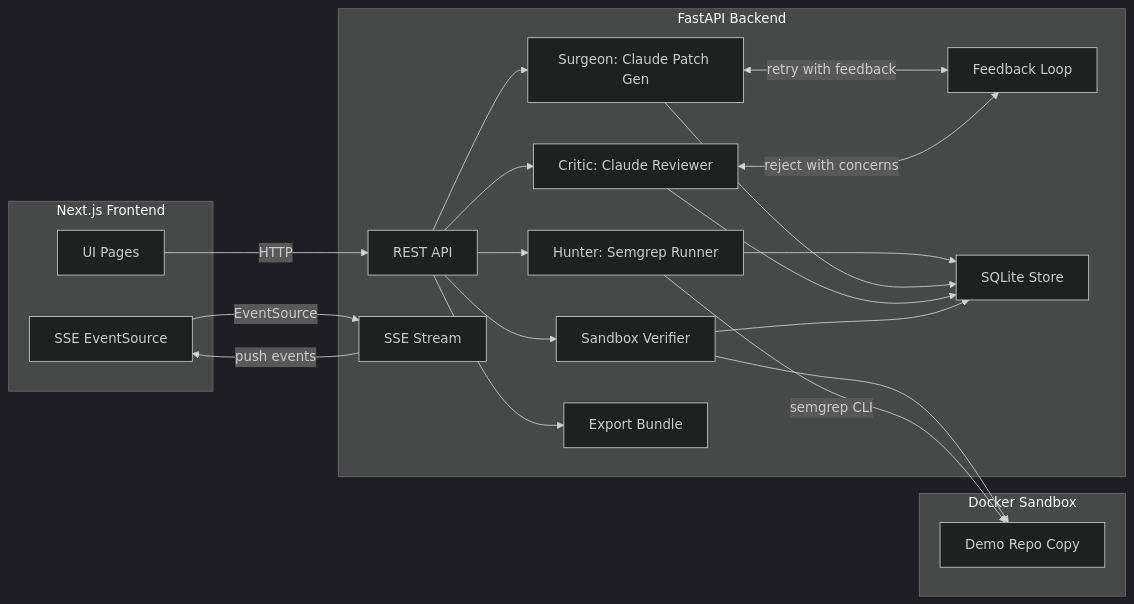
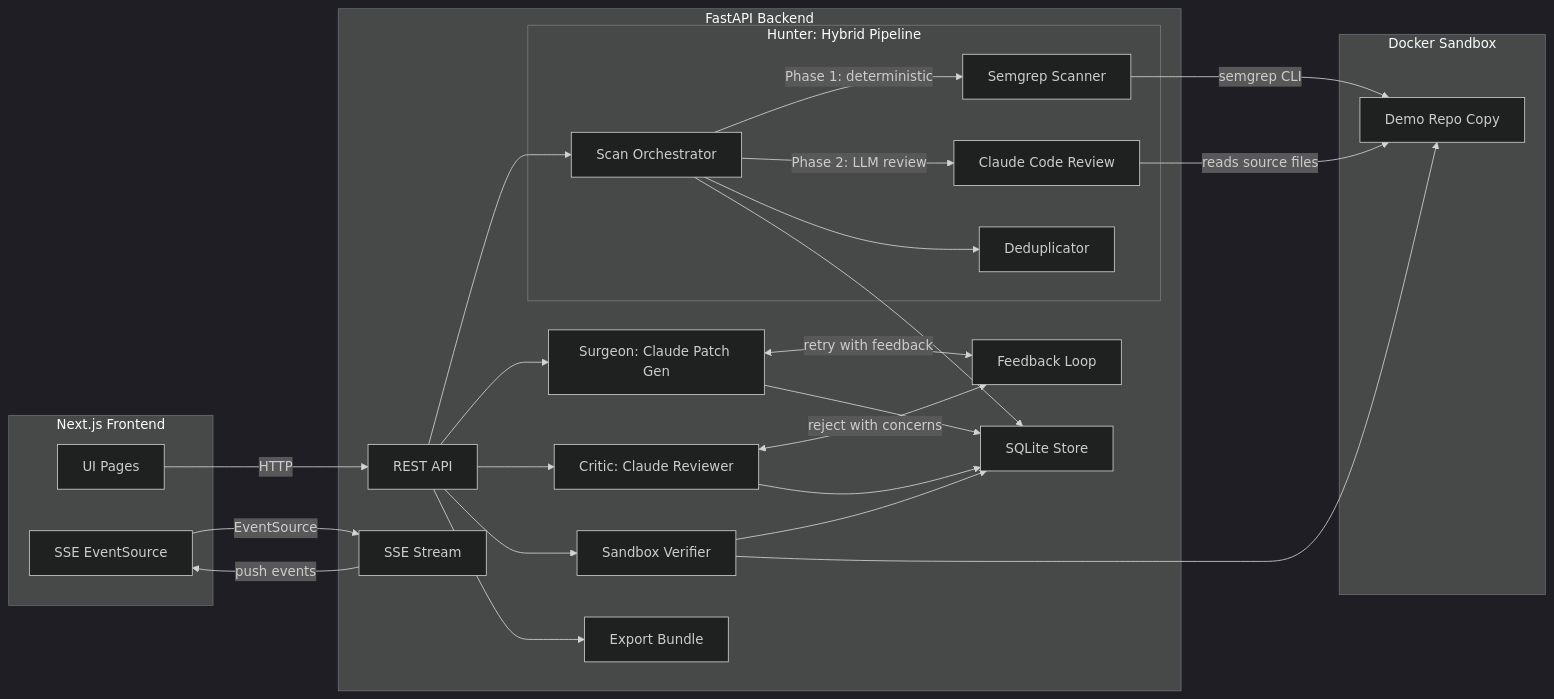
One commit to AnthonyJSaade/VIGIL changed the first of 2 diagrams in PLAN.md. Above: the diagram before and after it, drawn with Mermaid (dark theme). The commit also changed other lines of this file and 9 other files, not shown here.

First line of the commit message:
Expand Hunter into hybrid scan pipeline (Semgrep + Claude code review)

````diff
--- a/PLAN.md
+++ b/PLAN.md
@@ -20,38 +20,47 @@
 ```mermaid
 flowchart LR
   subgraph frontend [Next.js Frontend]
     UI[UI Pages]
     SSEClient[SSE EventSource]
   end
   subgraph backend [FastAPI Backend]
     API[REST API]
     SSEEndpoint[SSE Stream]
-    Hunter[Hunter: Semgrep Runner]
+    subgraph hunter [Hunter: Hybrid Pipeline]
+      Orchestrator[Scan Orchestrator]
+      Semgrep[Semgrep Scanner]
+      LLMReview[Claude Code Review]
+      Dedup[Deduplicator]
+    end
     Surgeon[Surgeon: Claude Patch Gen]
     Critic[Critic: Claude Reviewer]
     Loop[Feedback Loop]
     Verifier[Sandbox Verifier]
     Export[Export Bundle]
     Store[SQLite Store]
   end
   subgraph sandbox [Docker Sandbox]
     DemoRepo[Demo Repo Copy]
   end
 
   UI -->|HTTP| API
   SSEClient -->|EventSource| SSEEndpoint
   SSEEndpoint -->|push events| SSEClient
-  API --> Hunter
+  API --> Orchestrator
+  Orchestrator -->|"Phase 1: deterministic"| Semgrep
+  Orchestrator -->|"Phase 2: LLM review"| LLMReview
+  Orchestrator --> Dedup
   API --> Surgeon
   API --> Critic
   Surgeon <-->|retry with feedback| Loop
   Critic <-->|reject with concerns| Loop
   API --> Verifier
   API --> Export
-  Hunter --> Store
+  Orchestrator --> Store
   Surgeon --> Store
   Critic --> Store
   Verifier --> Store
   Verifier --> DemoRepo
-  Hunter -->|semgrep CLI| DemoRepo
+  Semgrep -->|semgrep CLI| DemoRepo
+  LLMReview -->|reads source files| DemoRepo
 ```
````
